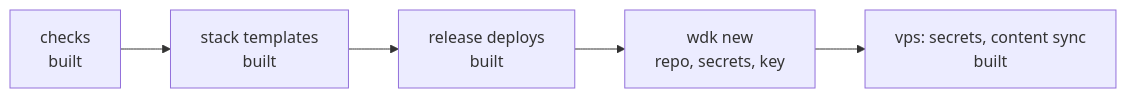
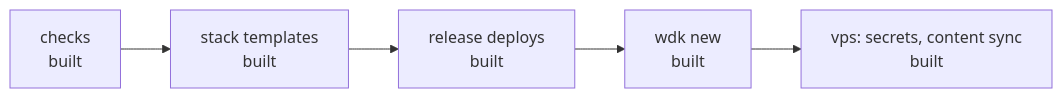
One commit to mstcgalis/web-checks changed the diagram in docs/roadmap.md. Above: the diagram before and after it, drawn with Mermaid. The commit also changed other lines of this file and 2 other files, not shown here.

Commit message:
docs: wdk new is built; the roadmap keeps stacks and deferred checks

````diff
--- a/docs/roadmap.md
+++ b/docs/roadmap.md
@@ -8,5 +8,5 @@
 ```mermaid
 flowchart LR
   checks["checks<br/>built"] --> stacks["stack templates<br/>built"] --> deploy["release deploys<br/>built"]
-  deploy --> new["wdk new<br/>repo, secrets, key"] --> vps["vps: secrets, content sync<br/>built"]
+  deploy --> new["wdk new<br/>built"] --> vps["vps: secrets, content sync<br/>built"]
 ```
````
